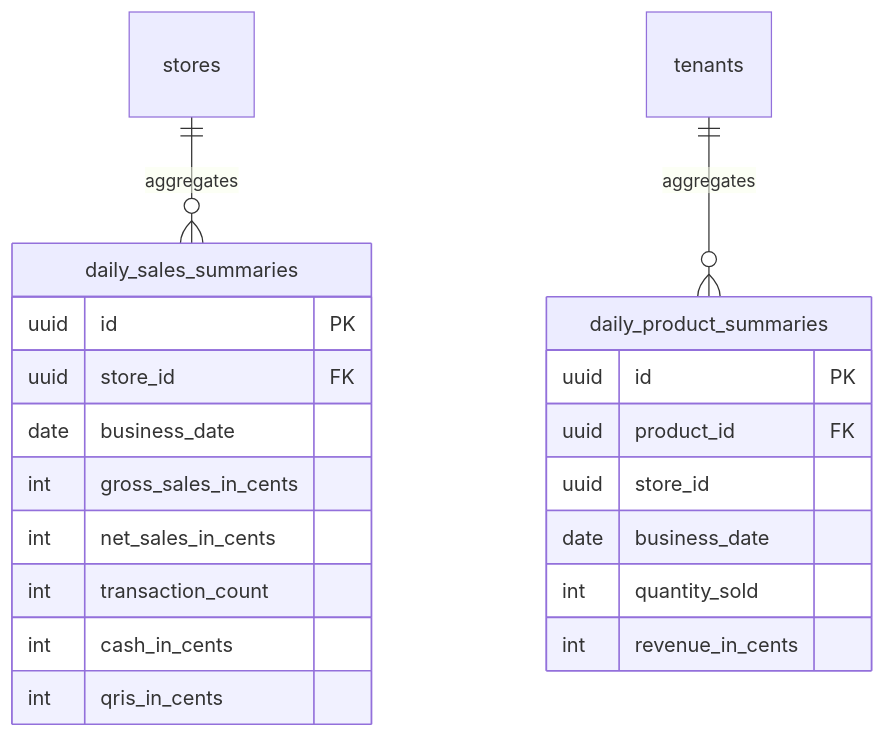
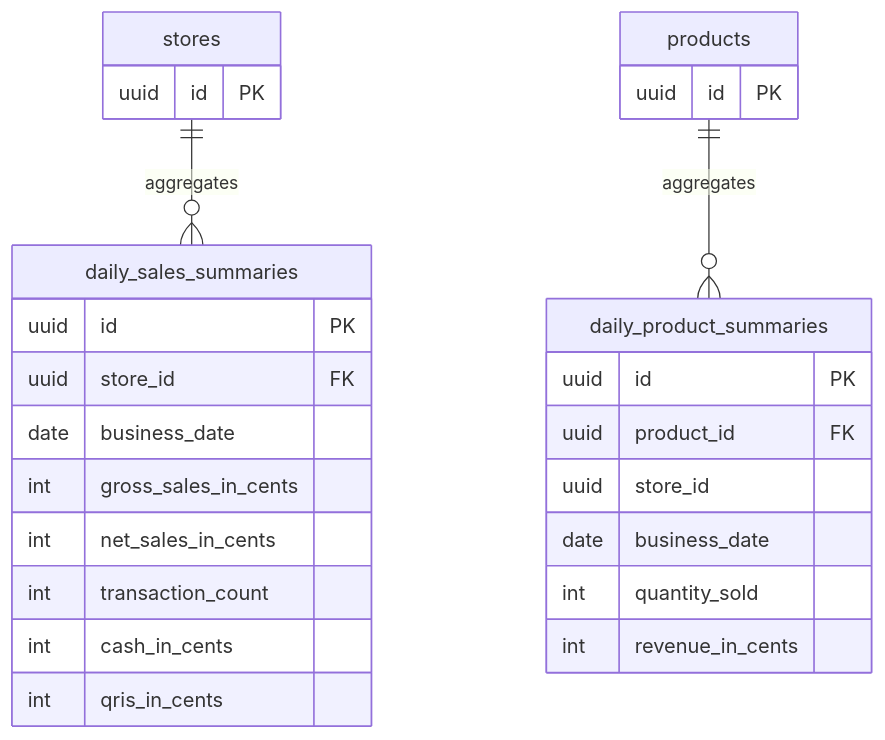
Before and after one commit to bionte4/mposbon: the ninth of 11 diagrams in docs/ERD.md, drawn with Mermaid. The commit also changed other lines of this file, not shown here.

First line of the commit message:
Fix Mermaid ERD syntax for GitHub rendering.

````diff
--- a/docs/ERD.md
+++ b/docs/ERD.md
@@ -506,25 +596,33 @@
 ```mermaid
 erDiagram
-  stores ||--o{ daily_sales_summaries : aggregates
-  tenants ||--o{ daily_product_summaries : aggregates
+  stores ||--o{ daily_sales_summaries : "aggregates"
+  products ||--o{ daily_product_summaries : "aggregates"
 
   daily_sales_summaries {
     uuid id PK
     uuid store_id FK
     date business_date
     int gross_sales_in_cents
     int net_sales_in_cents
     int transaction_count
     int cash_in_cents
     int qris_in_cents
   }
 
   daily_product_summaries {
     uuid id PK
     uuid product_id FK
     uuid store_id
     date business_date
     int quantity_sold
     int revenue_in_cents
   }
+
+  stores {
+    uuid id PK
+  }
+
+  products {
+    uuid id PK
+  }
 ```
````
